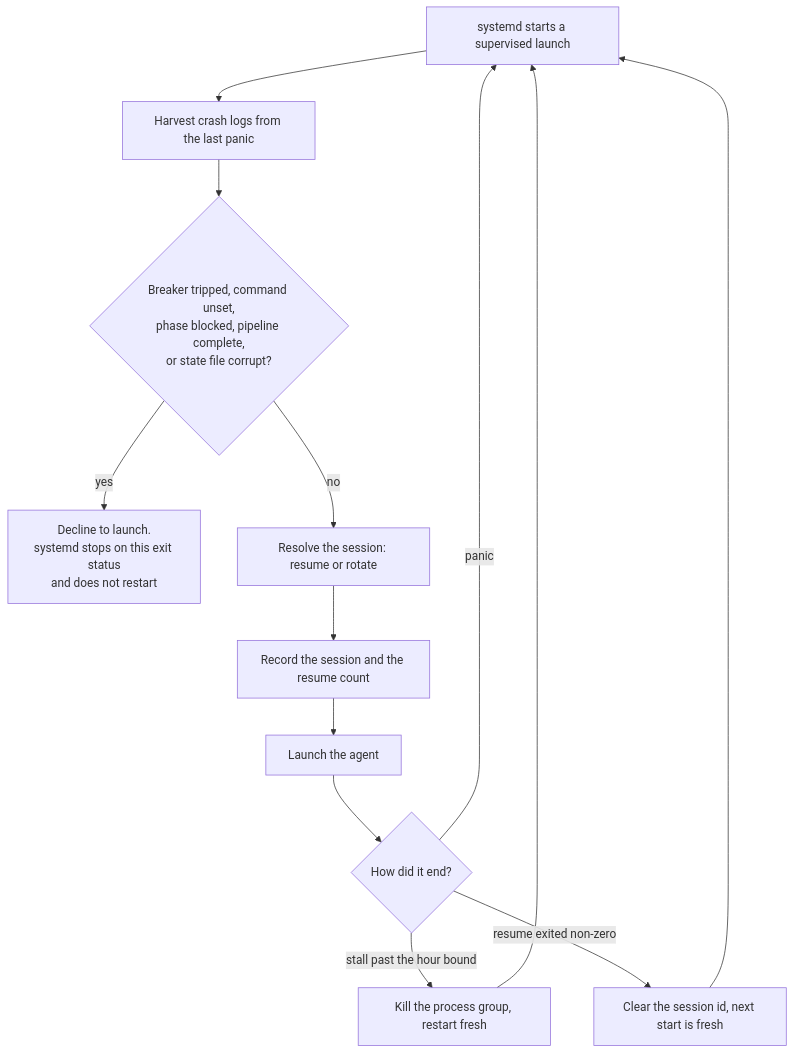
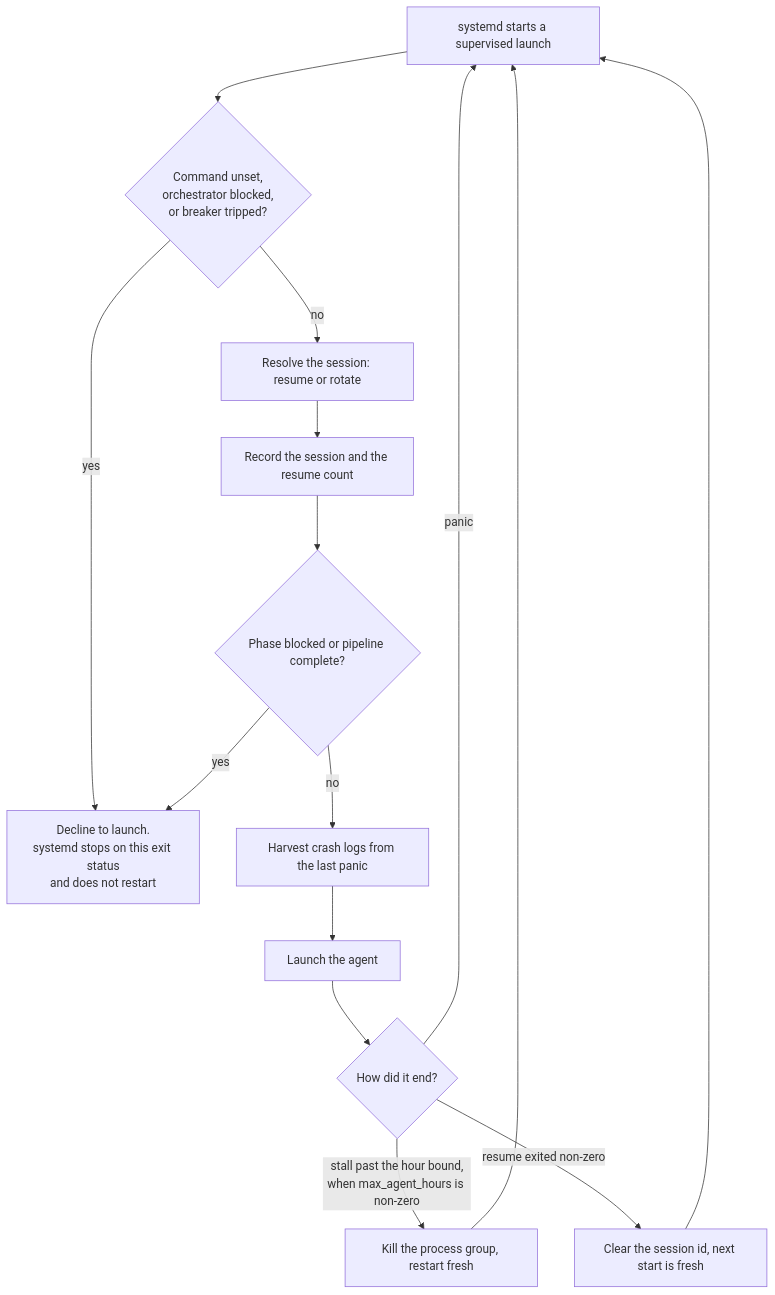
One commit to Indspl0it/gspwn changed the diagram in docs/src/content/docs/architecture/components/orchestrator-ctl.md. Above: the diagram before and after it, drawn with Mermaid. The commit also changed other lines of this file and 28 other files, not shown here.

````diff
--- a/docs/src/content/docs/architecture/components/orchestrator-ctl.md
+++ b/docs/src/content/docs/architecture/components/orchestrator-ctl.md
@@ -37,15 +37,17 @@
 ```mermaid
 flowchart TD
-    U[systemd starts a supervised launch] --> H[Harvest crash logs from the last panic]
-    H --> B{Breaker tripped, command unset,<br/>phase blocked, pipeline complete,<br/>or state file corrupt?}
-    B -->|yes| STOP["Decline to launch.<br/>systemd stops on this exit status<br/>and does not restart"]
-    B -->|no| S[Resolve the session: resume or rotate]
+    U[systemd starts a supervised launch] --> G1{Command unset,<br/>orchestrator blocked,<br/>or breaker tripped?}
+    G1 -->|yes| STOP["Decline to launch.<br/>systemd stops on this exit status<br/>and does not restart"]
+    G1 -->|no| S[Resolve the session: resume or rotate]
     S --> W[Record the session and the resume count]
-    W --> L[Launch the agent]
+    W --> G2{Phase blocked or pipeline complete?}
+    G2 -->|yes| STOP
+    G2 -->|no| H[Harvest crash logs from the last panic]
+    H --> L[Launch the agent]
     L --> E{How did it end?}
     E -->|panic| U
-    E -->|stall past the hour bound| K[Kill the process group, restart fresh]
+    E -->|stall past the hour bound,<br/>when max_agent_hours is non-zero| K[Kill the process group, restart fresh]
     E -->|resume exited non-zero| C[Clear the session id, next start is fresh]
     K --> U
     C --> U
 ```
````
